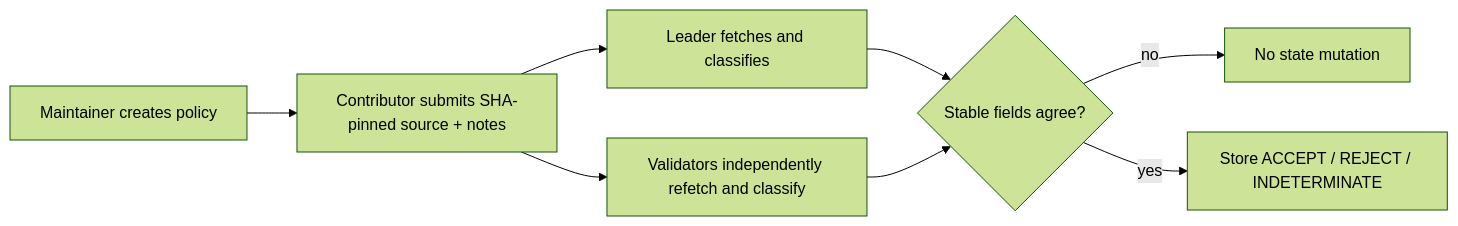
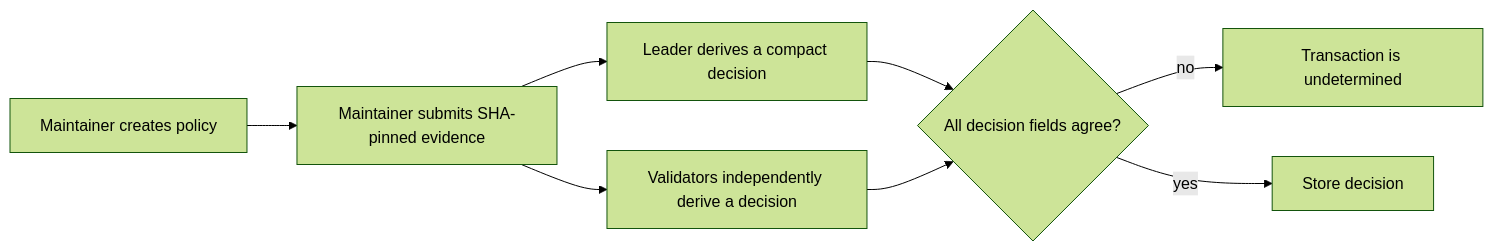
One commit to Cassxbt/release-proof changed the diagram in README.md. Above: the diagram before and after it, drawn with Mermaid (forest theme). The commit also changed other lines of this file and 16 other files, not shown here.

````diff
--- a/README.md
+++ b/README.md
@@ -21,10 +17,10 @@
 ```mermaid
 flowchart LR
-  A[Maintainer creates policy] --> B[Contributor submits SHA-pinned source + notes]
-  B --> C[Leader fetches and classifies]
-  B --> D[Validators independently refetch and classify]
-  C --> E{Stable fields agree?}
+  A[Maintainer creates policy] --> B[Maintainer submits SHA-pinned evidence]
+  B --> C[Leader derives a compact decision]
+  B --> D[Validators independently derive a decision]
+  C --> E{All decision fields agree?}
   D --> E
-  E -- no --> F[No state mutation]
-  E -- yes --> G[Store ACCEPT / REJECT / INDETERMINATE]
+  E -- no --> F[Transaction is undetermined]
+  E -- yes --> G[Store decision]
 ```
````
